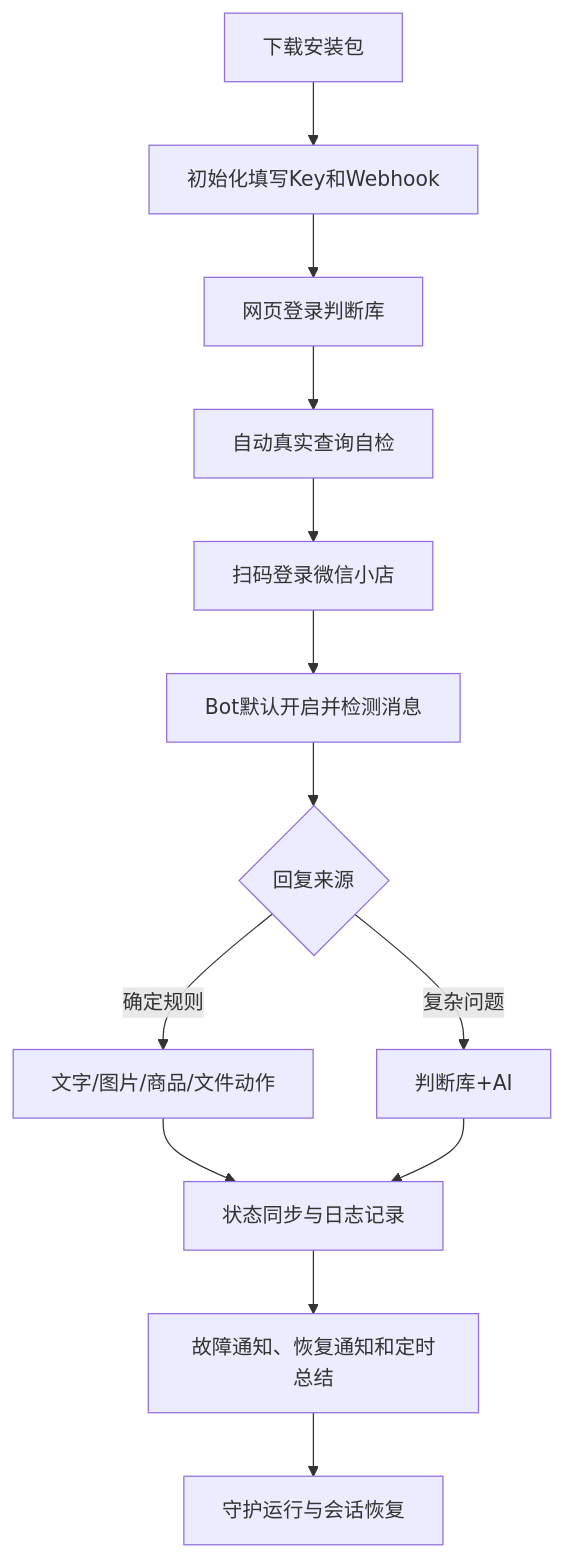
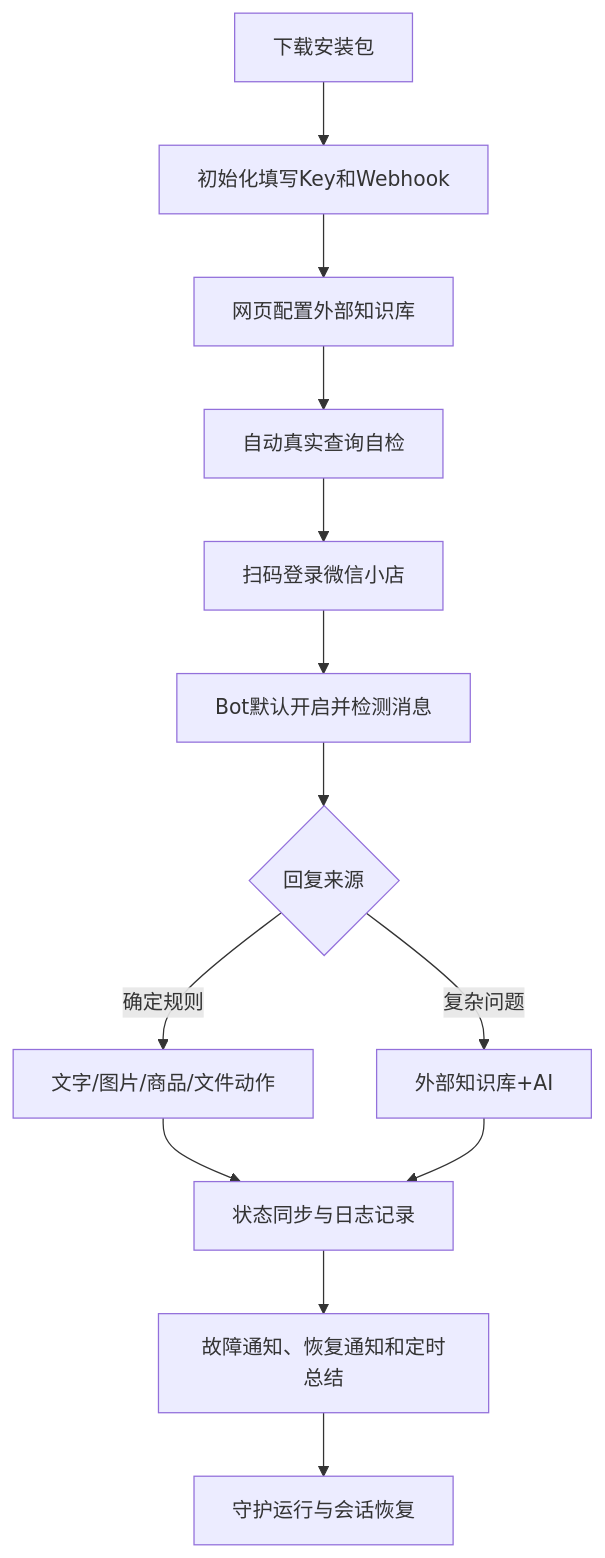
The ninth of 9 diagrams in docs/project-journey.md (JahanHe/wechat-autoreply), drawn with Mermaid before and after one commit. The commit also changed other lines of this file and 43 other files, not shown here.

````diff
--- a/docs/project-journey.md
+++ b/docs/project-journey.md
@@ -513,15 +513,15 @@
 ```mermaid
 flowchart TD
   A["下载安装包"] --> B["初始化填写Key和Webhook"]
-  B --> C["网页登录判断库"]
+  B --> C["网页配置外部知识库"]
   C --> D["自动真实查询自检"]
   D --> E["扫码登录微信小店"]
   E --> F["Bot默认开启并检测消息"]
   F --> G{"回复来源"}
   G -- "确定规则" --> H["文字/图片/商品/文件动作"]
-  G -- "复杂问题" --> I["判断库+AI"]
+  G -- "复杂问题" --> I["外部知识库+AI"]
   H --> J["状态同步与日志记录"]
   I --> J
   J --> K["故障通知、恢复通知和定时总结"]
   K --> L["守护运行与会话恢复"]
 ```
````
